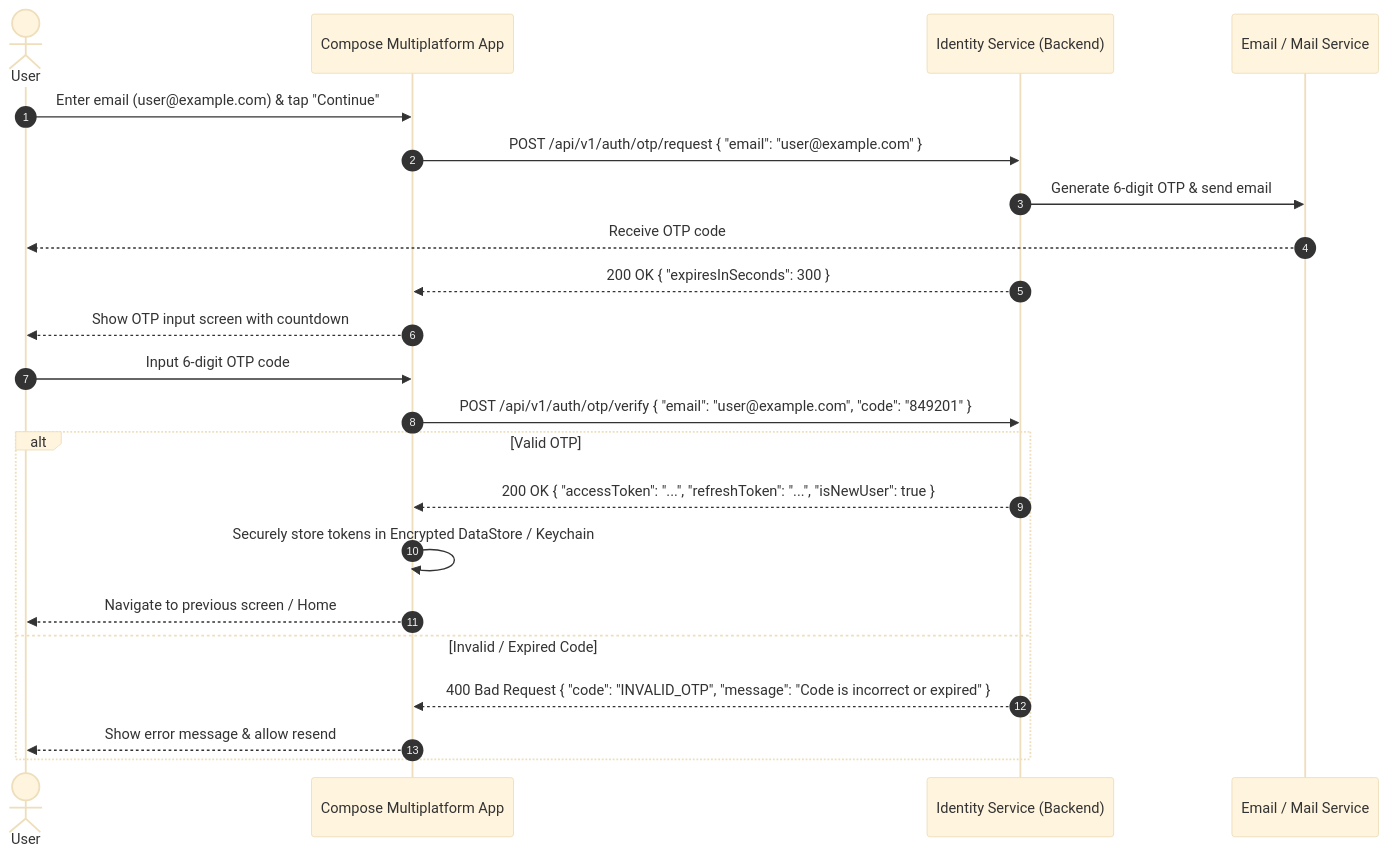
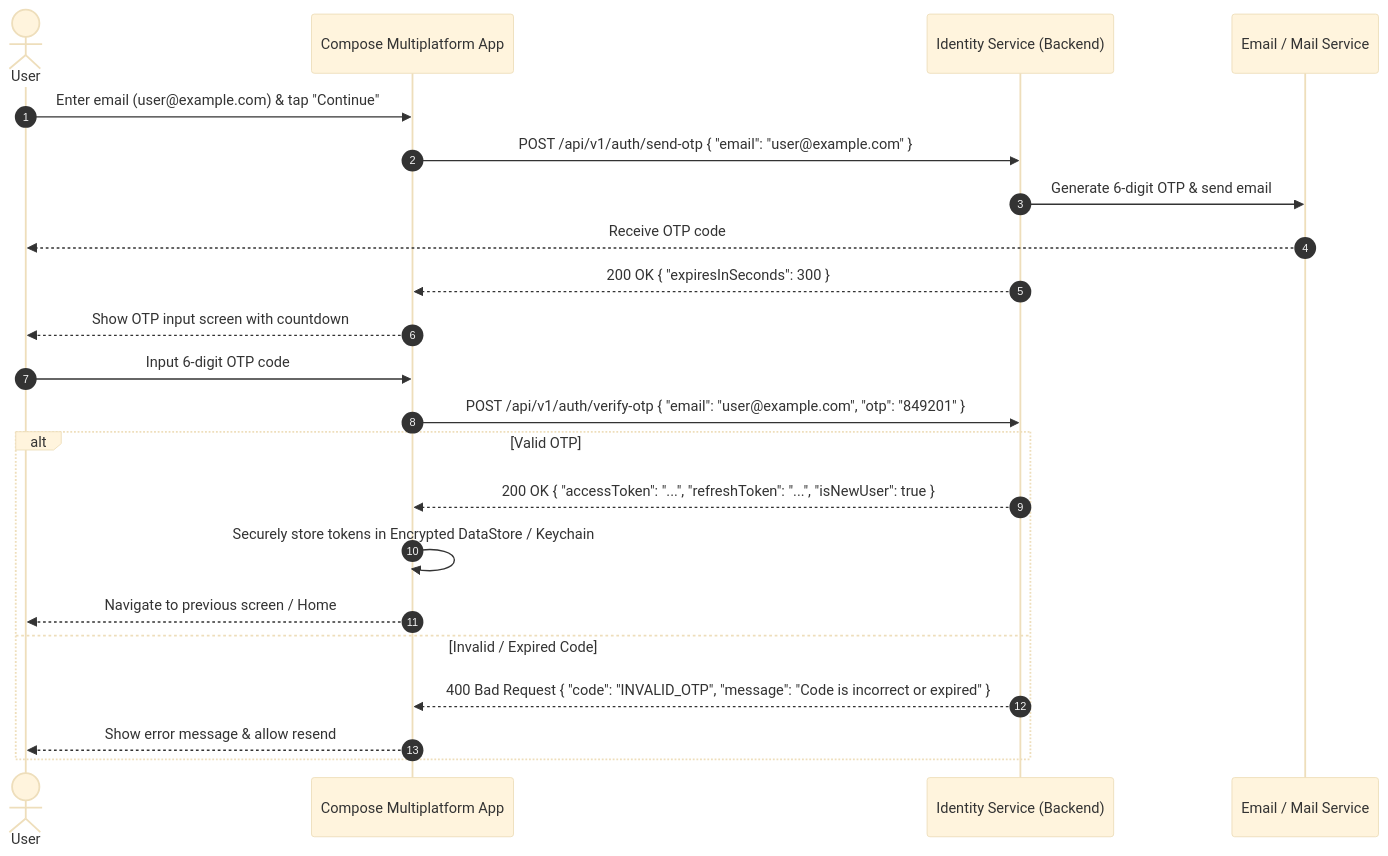
Before and after one commit to Huythanh0x/course_deals_ComposeMultiplatform: the second of 2 diagrams in docs/product/flows/02-auth-and-account-lifecycle.md, drawn with Mermaid (base theme). The commit also changed 18 other files, not shown here.

````diff
--- a/docs/product/flows/02-auth-and-account-lifecycle.md
+++ b/docs/product/flows/02-auth-and-account-lifecycle.md
@@ -35,27 +35,27 @@
 ```mermaid
 sequenceDiagram
     autonumber
     actor User
     participant App as Compose Multiplatform App
     participant IS as Identity Service (Backend)
     participant Mail as Email / Mail Service
 
     User->>App: Enter email (user@example.com) & tap "Continue"
-    App->>IS: POST /api/v1/auth/otp/request { "email": "user@example.com" }
+    App->>IS: POST /api/v1/auth/send-otp { "email": "user@example.com" }
     IS->>Mail: Generate 6-digit OTP & send email
     Mail-->>User: Receive OTP code
     IS-->>App: 200 OK { "expiresInSeconds": 300 }
     App-->>User: Show OTP input screen with countdown
 
     User->>App: Input 6-digit OTP code
-    App->>IS: POST /api/v1/auth/otp/verify { "email": "user@example.com", "code": "849201" }
+    App->>IS: POST /api/v1/auth/verify-otp { "email": "user@example.com", "otp": "849201" }
     
     alt Valid OTP
         IS-->>App: 200 OK { "accessToken": "...", "refreshToken": "...", "isNewUser": true }
         App->>App: Securely store tokens in Encrypted DataStore / Keychain
         App-->>User: Navigate to previous screen / Home
     else Invalid / Expired Code
         IS-->>App: 400 Bad Request { "code": "INVALID_OTP", "message": "Code is incorrect or expired" }
         App-->>User: Show error message & allow resend
     end
 ```
````
